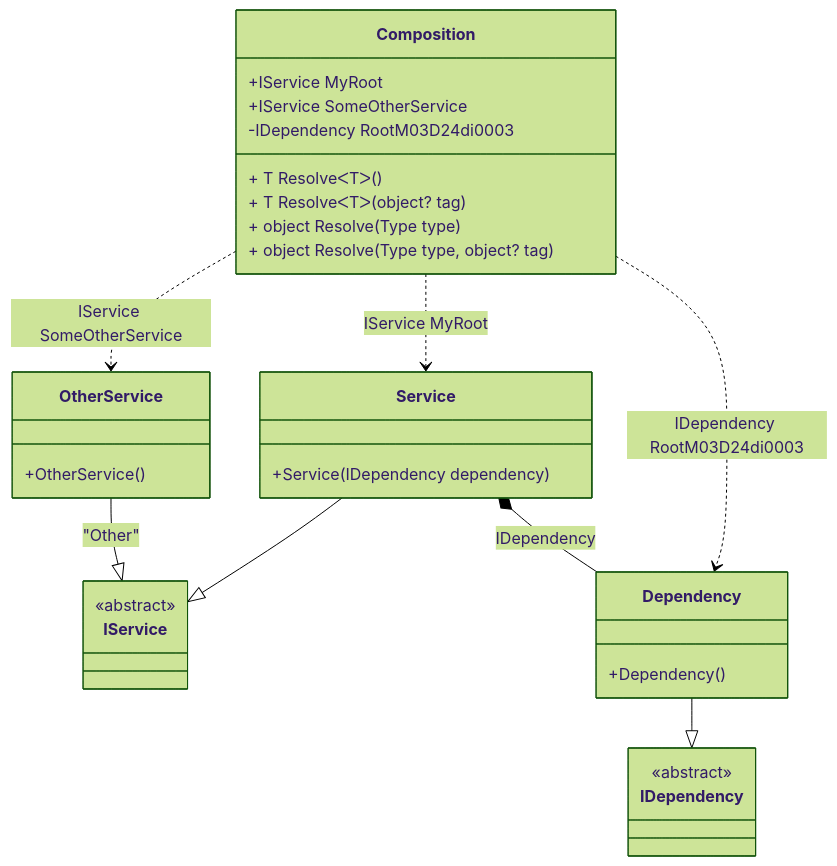
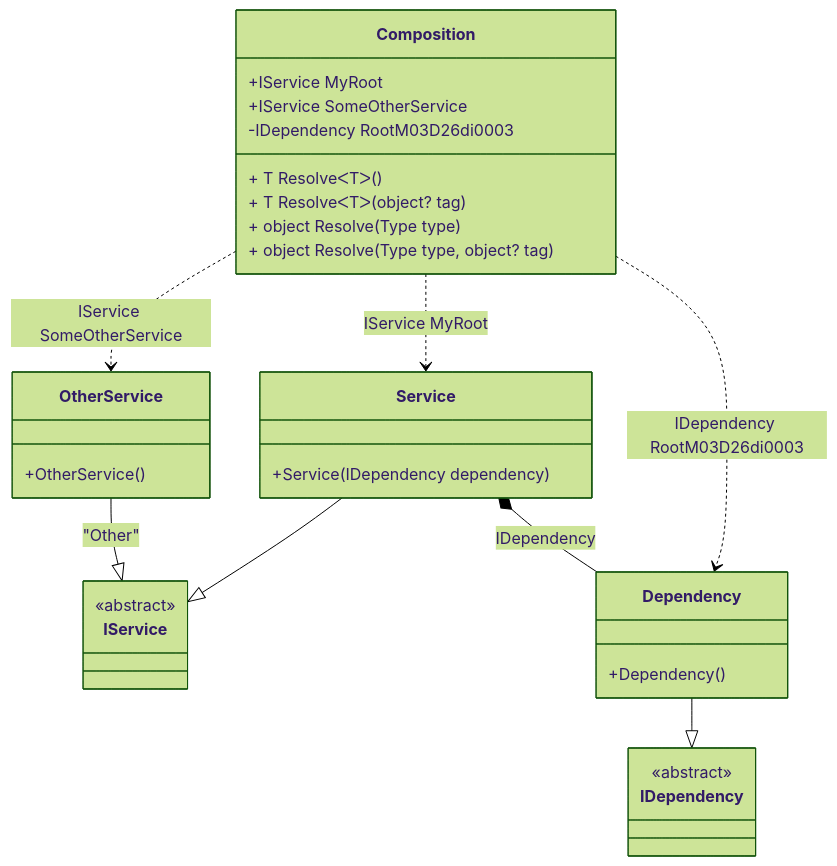
The diagram in readme/composition-roots.md (DevTeam/Pure.DI), drawn with Mermaid (forest theme) before and after one commit. The commit also changed other lines of this file and 78 other files, not shown here.

````diff
--- a/readme/composition-roots.md
+++ b/readme/composition-roots.md
@@ -69,34 +69,34 @@
 ```mermaid
 classDiagram
   class Composition {
     +IService MyRoot
     +IService SomeOtherService
-    -IDependency RootM03D24di0003
+    -IDependency RootM03D26di0003
     + T ResolveᐸTᐳ()
     + T ResolveᐸTᐳ(object? tag)
     + object Resolve(Type type)
     + object Resolve(Type type, object? tag)
   }
   Service --|> IService : 
   class Service {
     +Service(IDependency dependency)
   }
   OtherService --|> IService : "Other" 
   class OtherService {
     +OtherService()
   }
   Dependency --|> IDependency : 
   class Dependency {
     +Dependency()
   }
   class IService {
     <<abstract>>
   }
   class IDependency {
     <<abstract>>
   }
   Service *--  Dependency : IDependency
   Composition ..> OtherService : IService SomeOtherService
   Composition ..> Service : IService MyRoot
-  Composition ..> Dependency : IDependency RootM03D24di0003
+  Composition ..> Dependency : IDependency RootM03D26di0003
 ```
````
